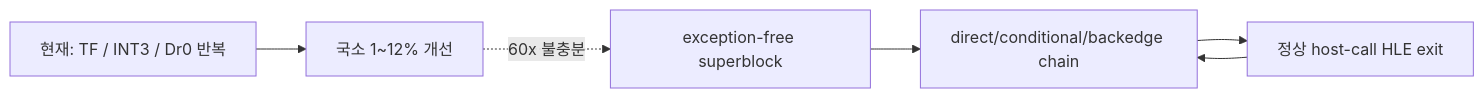
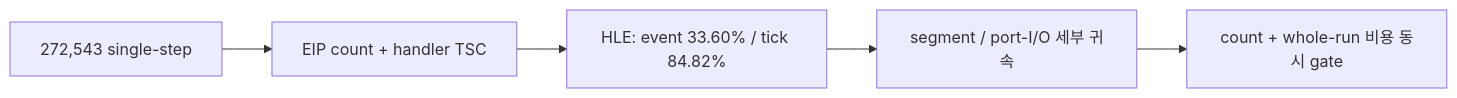
One commit to nworkers/rePIU changed the diagram in docs/analysis/current-execution-frontier.md. Above: the diagram before and after it, drawn with Mermaid. The commit also changed other lines of this file and 41 other files, not shown here.

Commit message:
feat: implement Port I/O AOT Fast-Path and Opcode-directed HLE Dispatcher (v0.0.98)

````diff
--- a/docs/analysis/current-execution-frontier.md
+++ b/docs/analysis/current-execution-frontier.md
@@ -29,8 +50,7 @@
 ```mermaid
 flowchart LR
-    C["현재: TF / INT3 / Dr0 반복"] --> M["국소 1~12% 개선"]
-    M -. "60x 불충분" .-> P["exception-free superblock"]
-    P --> B["direct/conditional/backedge chain"]
-    B --> H["정상 host-call HLE exit"]
-    H --> B
+    C["272,543 single-step"] --> A["EIP count + handler TSC"]
+    A --> H["HLE: event 33.60% / tick 84.82%"]
+    H --> S["segment / port-I/O 세부 귀속"]
+    S --> G["count + whole-run 비용 동시 gate"]
 ```
````
